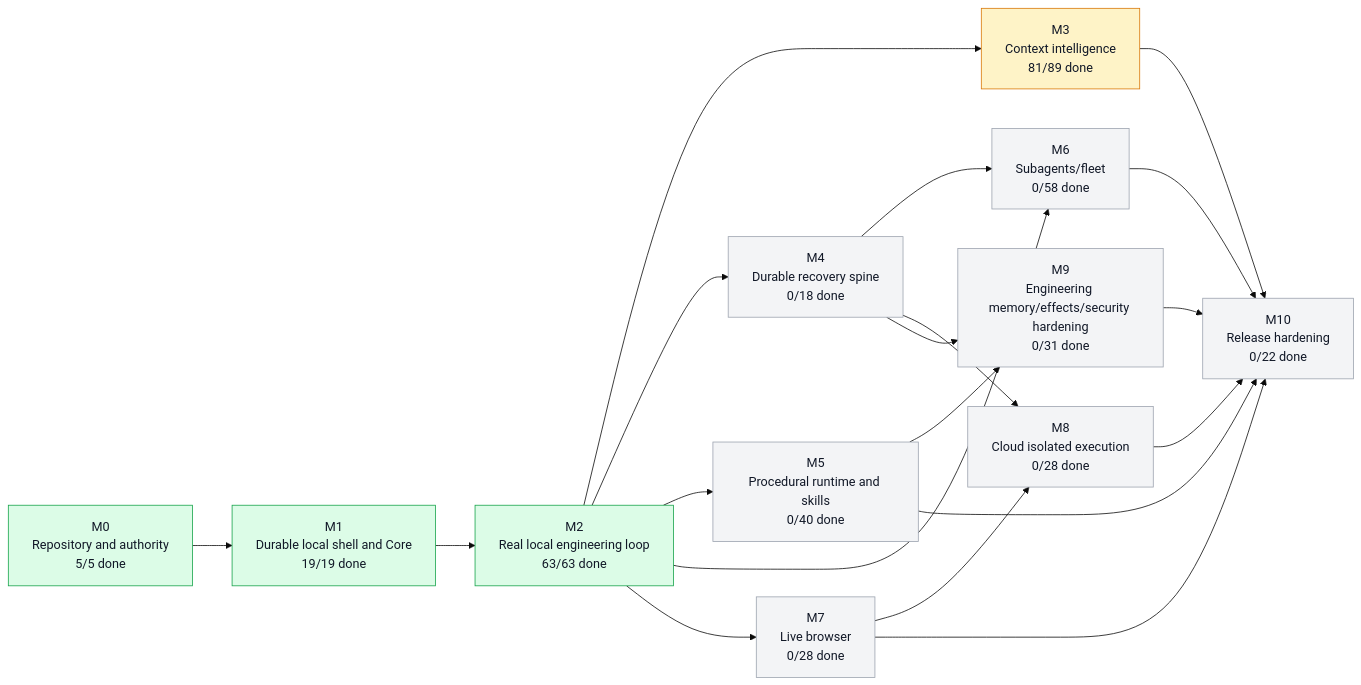
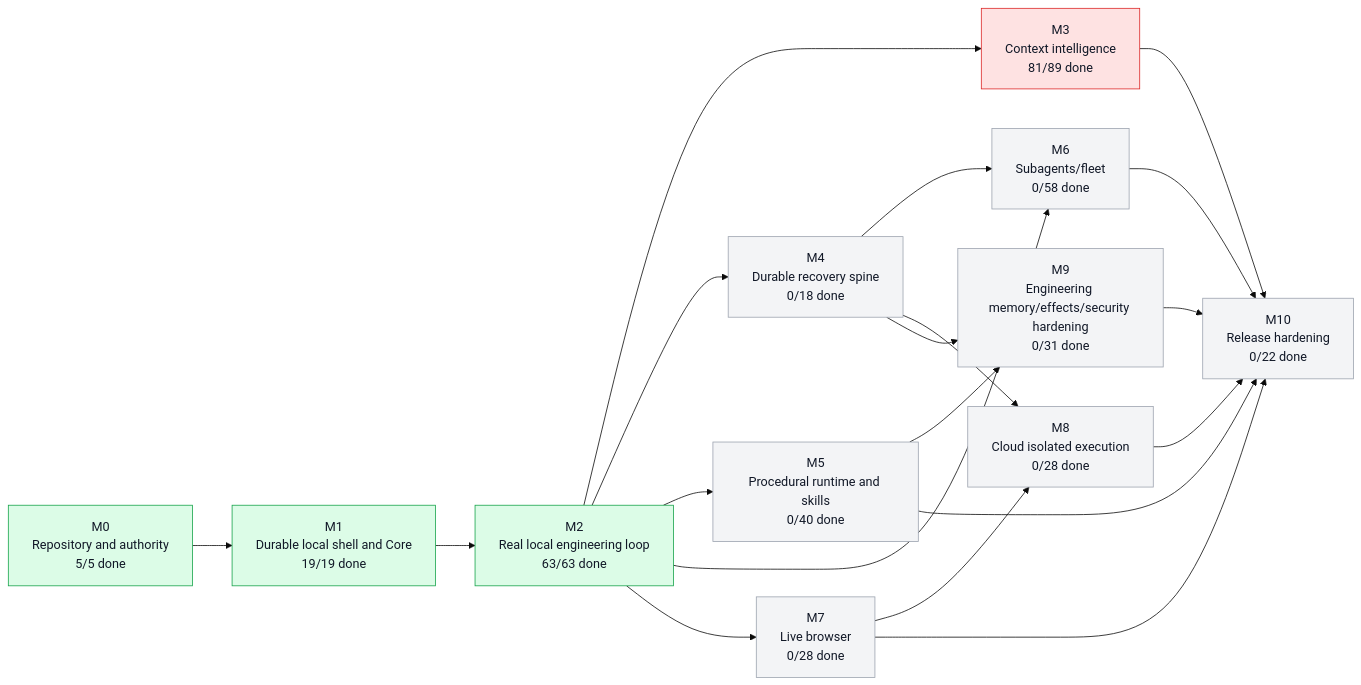
The first of 5 diagrams in graph/PROJECT_GRAPH.md (moss101/modbit), drawn with Mermaid (base theme) before and after one commit. The commit also changed other lines of this file and 13 other files, not shown here.

````diff
--- a/graph/PROJECT_GRAPH.md
+++ b/graph/PROJECT_GRAPH.md
@@ -57,43 +57,43 @@
 ```mermaid
 flowchart LR
   M0["M0<br/>Repository and authority<br/>5/5 done"]
   M1["M1<br/>Durable local shell and Core<br/>19/19 done"]
   M2["M2<br/>Real local engineering loop<br/>63/63 done"]
   M3["M3<br/>Context intelligence<br/>81/89 done"]
   M4["M4<br/>Durable recovery spine<br/>0/18 done"]
   M5["M5<br/>Procedural runtime and skills<br/>0/40 done"]
   M6["M6<br/>Subagents/fleet<br/>0/58 done"]
   M7["M7<br/>Live browser<br/>0/28 done"]
   M8["M8<br/>Cloud isolated execution<br/>0/28 done"]
   M9["M9<br/>Engineering memory/effects/security hardening<br/>0/31 done"]
   M10["M10<br/>Release hardening<br/>0/22 done"]
   M0 --> M1
   M1 --> M2
   M2 --> M3
   M2 --> M4
   M2 --> M5
   M2 --> M6
   M4 --> M6
   M2 --> M7
   M4 --> M8
   M7 --> M8
   M4 --> M9
   M5 --> M9
   M3 --> M10
   M5 --> M10
   M6 --> M10
   M7 --> M10
   M8 --> M10
   M9 --> M10
   style M0 fill:#dcfce7,stroke:#16a34a,color:#111827
   style M1 fill:#dcfce7,stroke:#16a34a,color:#111827
   style M2 fill:#dcfce7,stroke:#16a34a,color:#111827
-  style M3 fill:#fef3c7,stroke:#d97706,color:#111827
+  style M3 fill:#fee2e2,stroke:#dc2626,color:#111827
   style M4 fill:#f3f4f6,stroke:#9ca3af,color:#111827
   style M5 fill:#f3f4f6,stroke:#9ca3af,color:#111827
   style M6 fill:#f3f4f6,stroke:#9ca3af,color:#111827
   style M7 fill:#f3f4f6,stroke:#9ca3af,color:#111827
   style M8 fill:#f3f4f6,stroke:#9ca3af,color:#111827
   style M9 fill:#f3f4f6,stroke:#9ca3af,color:#111827
   style M10 fill:#f3f4f6,stroke:#9ca3af,color:#111827
 ```
````
